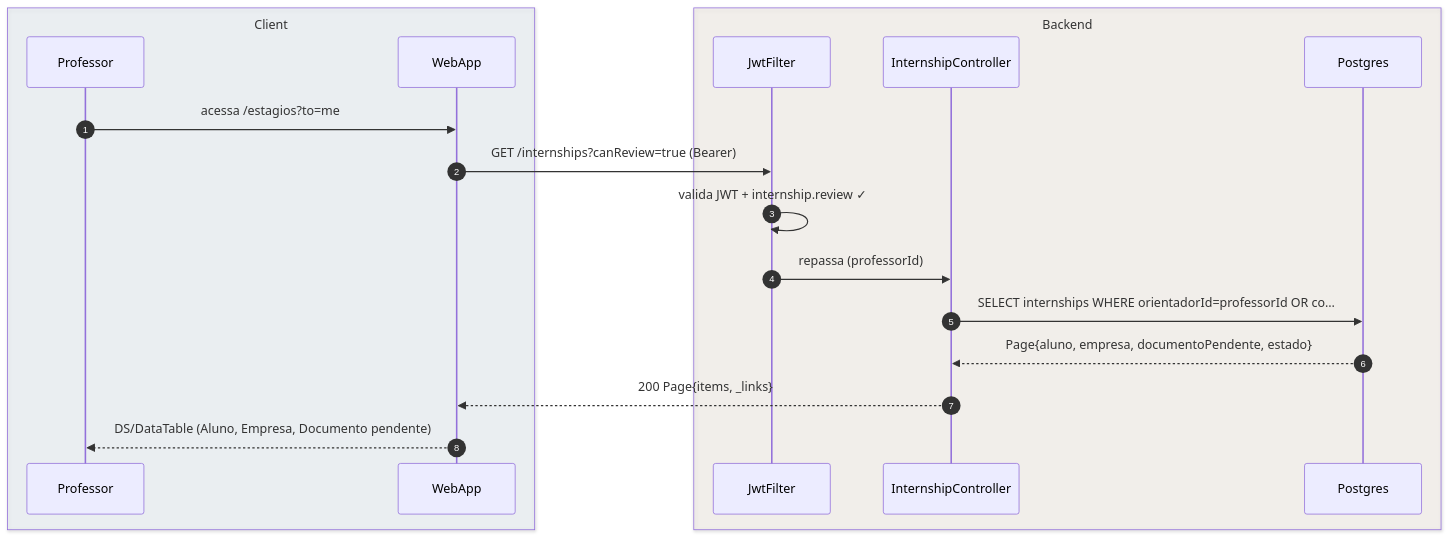
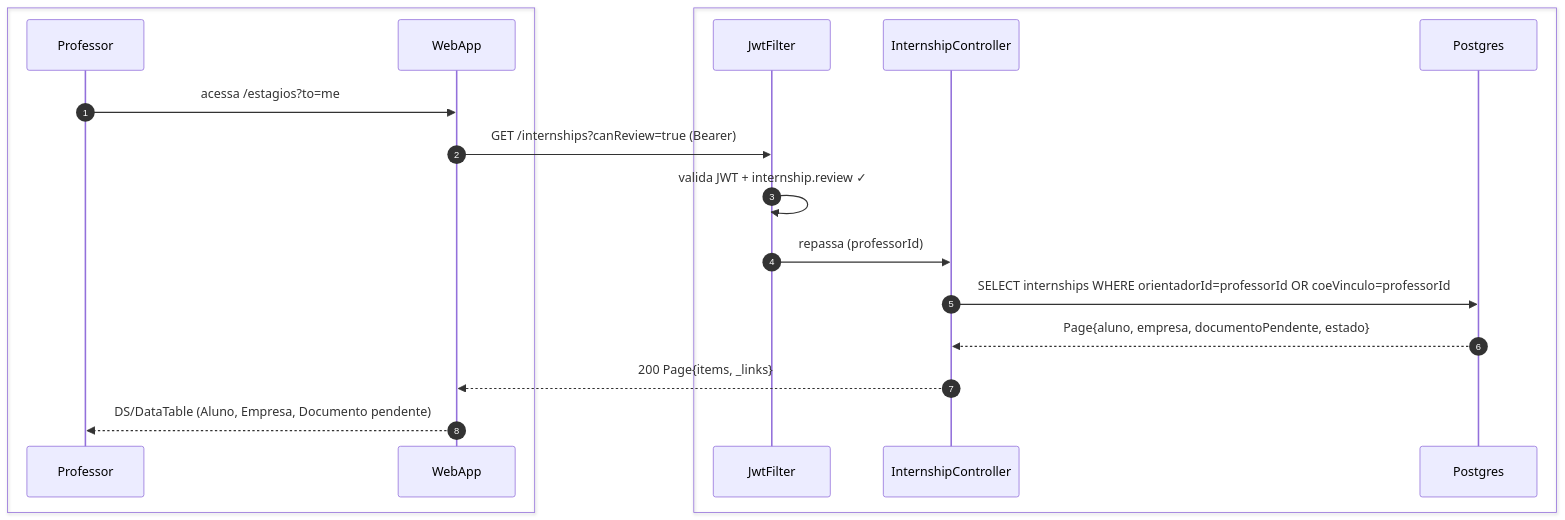
One commit to umishell/secretariaOnline2 changed the first of 4 diagrams in foundationDocs/sequenceDiagrams/F3 — Professor/US-F3-005-ESTAGIO-ORIENTACAO.md. Above: the diagram before and after it, drawn with Mermaid. The commit also changed other lines of this file and 70 other files, not shown here.

First line of the commit message:
Enhance database documentation and introduce new schema files

````diff
--- a/foundationDocs/sequenceDiagrams/F3 — Professor/US-F3-005-ESTAGIO-ORIENTACAO.md
+++ b/foundationDocs/sequenceDiagrams/F3 — Professor/US-F3-005-ESTAGIO-ORIENTACAO.md
@@ -52,22 +52,22 @@
 ```mermaid
 sequenceDiagram
     autonumber
-    box rgba(230,245,255,0.3) Client
+    box #e8f4fc Cliente
         participant Professor
         participant WebApp
     end
-    box rgba(255,245,230,0.3) Backend
+    box #fff8ee Servidor
         participant JwtFilter
         participant InternshipController
         participant Postgres
     end
 
     Professor->>WebApp: acessa /estagios?to=me
     WebApp->>JwtFilter: GET /internships?canReview=true (Bearer)
     JwtFilter->>JwtFilter: valida JWT + internship.review ✓
     JwtFilter->>InternshipController: repassa (professorId)
-    InternshipController->>Postgres: SELECT internships WHERE orientadorId=professorId OR co…
+    InternshipController->>Postgres: SELECT internships WHERE orientadorId=professorId OR coeVinculo=professorId
     Postgres-->>InternshipController: Page{aluno, empresa, documentoPendente, estado}
     InternshipController-->>WebApp: 200 Page{items, _links}
     WebApp-->>Professor: DS/DataTable (Aluno, Empresa, Documento pendente)
 ```
````
